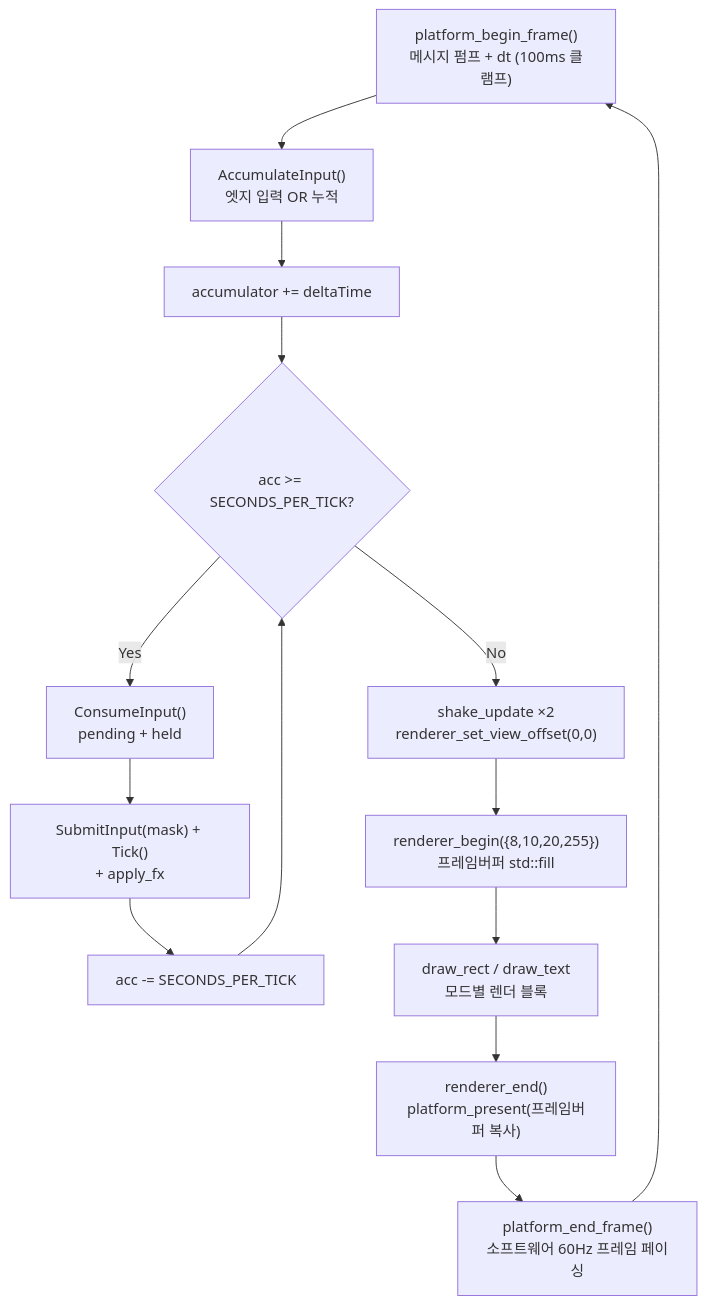
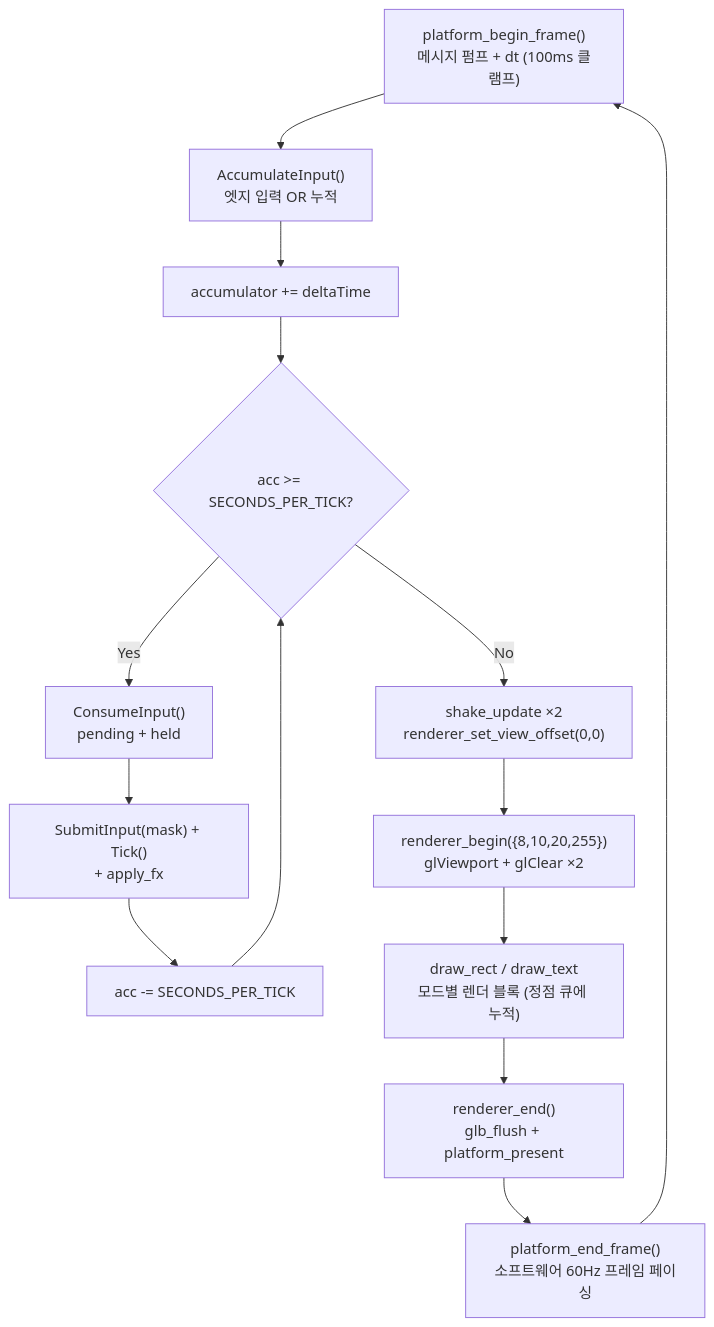
One commit to Rein-ArXiv/Tetris-Multiplayer-RL changed the eighth of 12 diagrams in docs/blog/part4-game-wrapper-and-loop.md. Above: the diagram before and after it, drawn with Mermaid. The commit also changed other lines of this file and 13 other files, not shown here.

````diff
--- a/docs/blog/part4-game-wrapper-and-loop.md
+++ b/docs/blog/part4-game-wrapper-and-loop.md
@@ -1026,16 +1026,16 @@
 ```mermaid
 flowchart TB
     A["platform_begin_frame()<br/>메시지 펌프 + dt (100ms 클램프)"] --> B["AccumulateInput()<br/>엣지 입력 OR 누적"]
     B --> C["accumulator += deltaTime"]
     C --> D{"acc >= SECONDS_PER_TICK?"}
     D -->|Yes| E["ConsumeInput()<br/>pending + held"]
     E --> F["SubmitInput(mask) + Tick()<br/>+ apply_fx"]
     F --> G["acc -= SECONDS_PER_TICK"]
     G --> D
     D -->|No| H["shake_update ×2<br/>renderer_set_view_offset(0,0)"]
-    H --> I["renderer_begin({8,10,20,255})<br/>프레임버퍼 std::fill"]
-    I --> J["draw_rect / draw_text<br/>모드별 렌더 블록"]
-    J --> K["renderer_end()<br/>platform_present(프레임버퍼 복사)"]
+    H --> I["renderer_begin({8,10,20,255})<br/>glViewport + glClear ×2"]
+    I --> J["draw_rect / draw_text<br/>모드별 렌더 블록 (정점 큐에 누적)"]
+    J --> K["renderer_end()<br/>glb_flush + platform_present"]
     K --> L["platform_end_frame()<br/>소프트웨어 60Hz 프레임 페이싱"]
     L --> A
 ```
````
